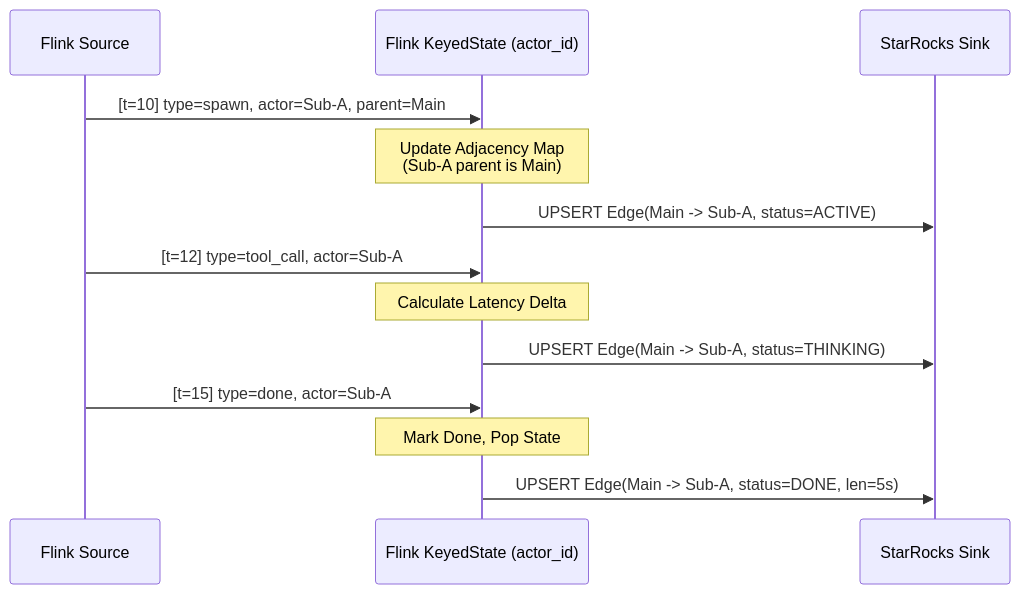
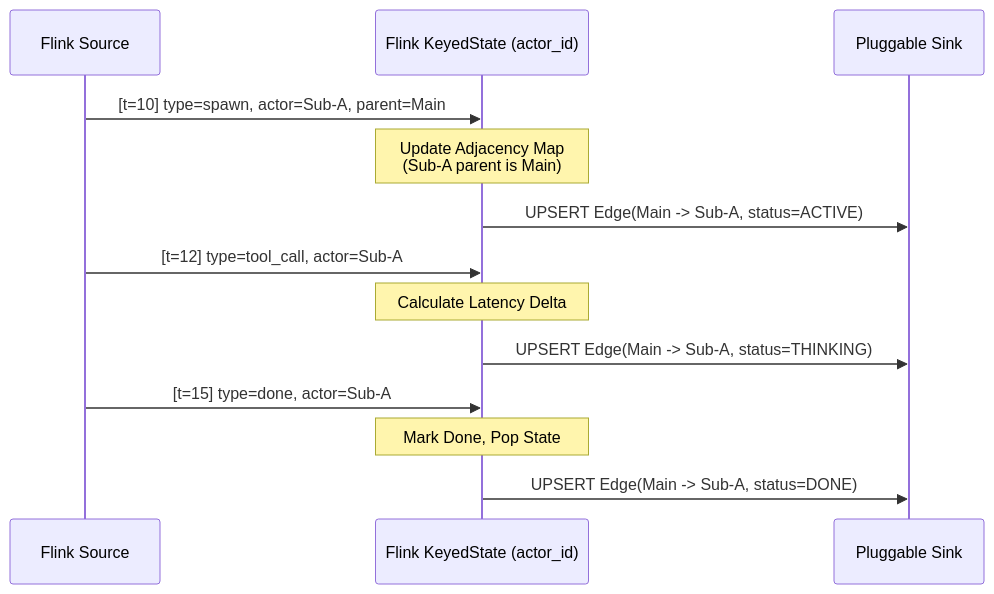
One commit to qzyu999/ContainerClaw changed the second of 2 diagrams in docs/draft_pt19_solution_proposal.md. Above: the diagram before and after it, drawn with Mermaid. The commit also changed other lines of this file, not shown here.

````diff
--- a/docs/draft_pt19_solution_proposal.md
+++ b/docs/draft_pt19_solution_proposal.md
@@ -112,18 +101,18 @@
 ```mermaid
 sequenceDiagram
     participant S as Flink Source
     participant K as Flink KeyedState (actor_id)
-    participant O as StarRocks Sink
+    participant O as Pluggable Sink
     
     S->>K: [t=10] type=spawn, actor=Sub-A, parent=Main
     Note over K: Update Adjacency Map<br/>(Sub-A parent is Main)
     K->>O: UPSERT Edge(Main -> Sub-A, status=ACTIVE)
     
     S->>K: [t=12] type=tool_call, actor=Sub-A
     Note over K: Calculate Latency Delta
     K->>O: UPSERT Edge(Main -> Sub-A, status=THINKING)
     
     S->>K: [t=15] type=done, actor=Sub-A
     Note over K: Mark Done, Pop State
-    K->>O: UPSERT Edge(Main -> Sub-A, status=DONE, len=5s)
+    K->>O: UPSERT Edge(Main -> Sub-A, status=DONE)
 ```
````
